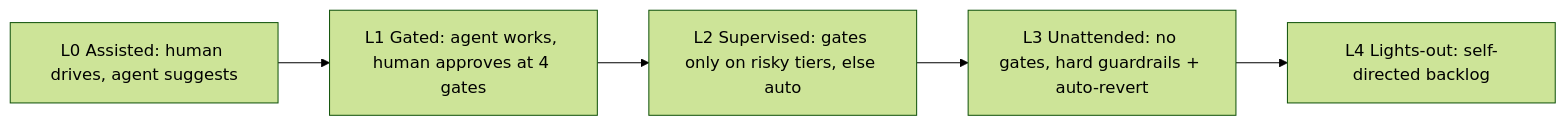
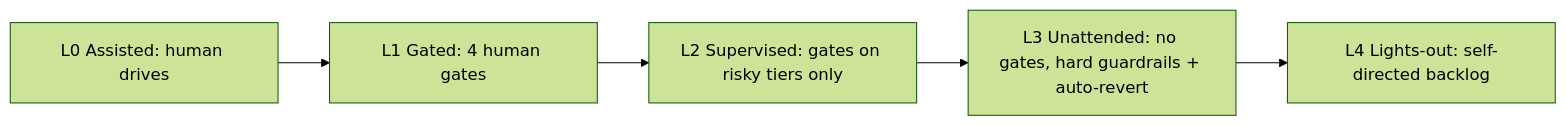
The first of 14 diagrams in research/autonomous-agent-fleet.md (JNK234/claude-dotfiles), drawn with Mermaid (forest theme) before and after one commit. The commit also changed other lines of this file, not shown here.

````diff
--- a/research/autonomous-agent-fleet.md
+++ b/research/autonomous-agent-fleet.md
@@ -59,7 +56,7 @@
 ```mermaid
 flowchart LR
-    L0[L0 Assisted: human drives, agent suggests] --> L1[L1 Gated: agent works, human approves at 4 gates]
-    L1 --> L2[L2 Supervised: gates only on risky tiers, else auto]
+    L0[L0 Assisted: human drives] --> L1[L1 Gated: 4 human gates]
+    L1 --> L2[L2 Supervised: gates on risky tiers only]
     L2 --> L3[L3 Unattended: no gates, hard guardrails + auto-revert]
     L3 --> L4[L4 Lights-out: self-directed backlog]
 ```
````
